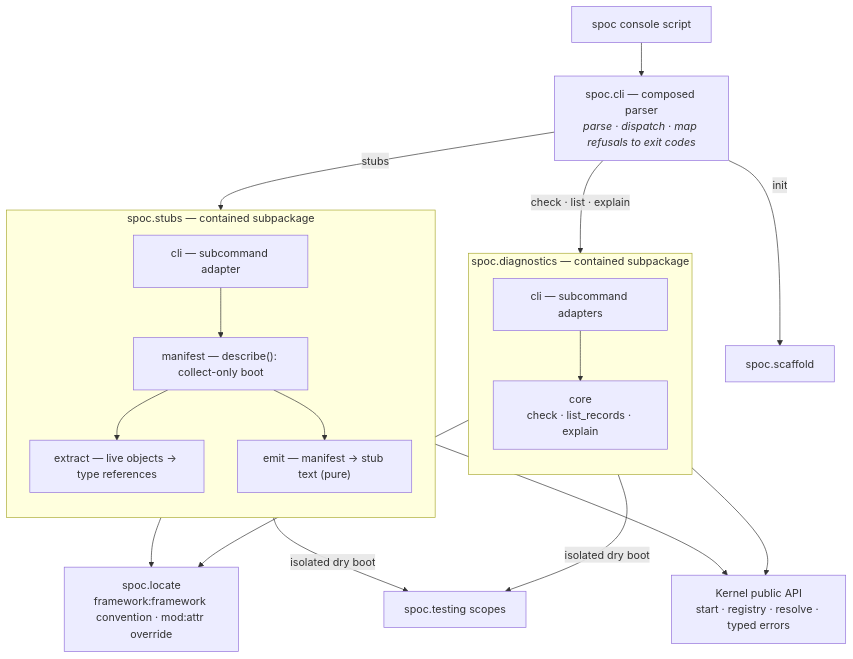
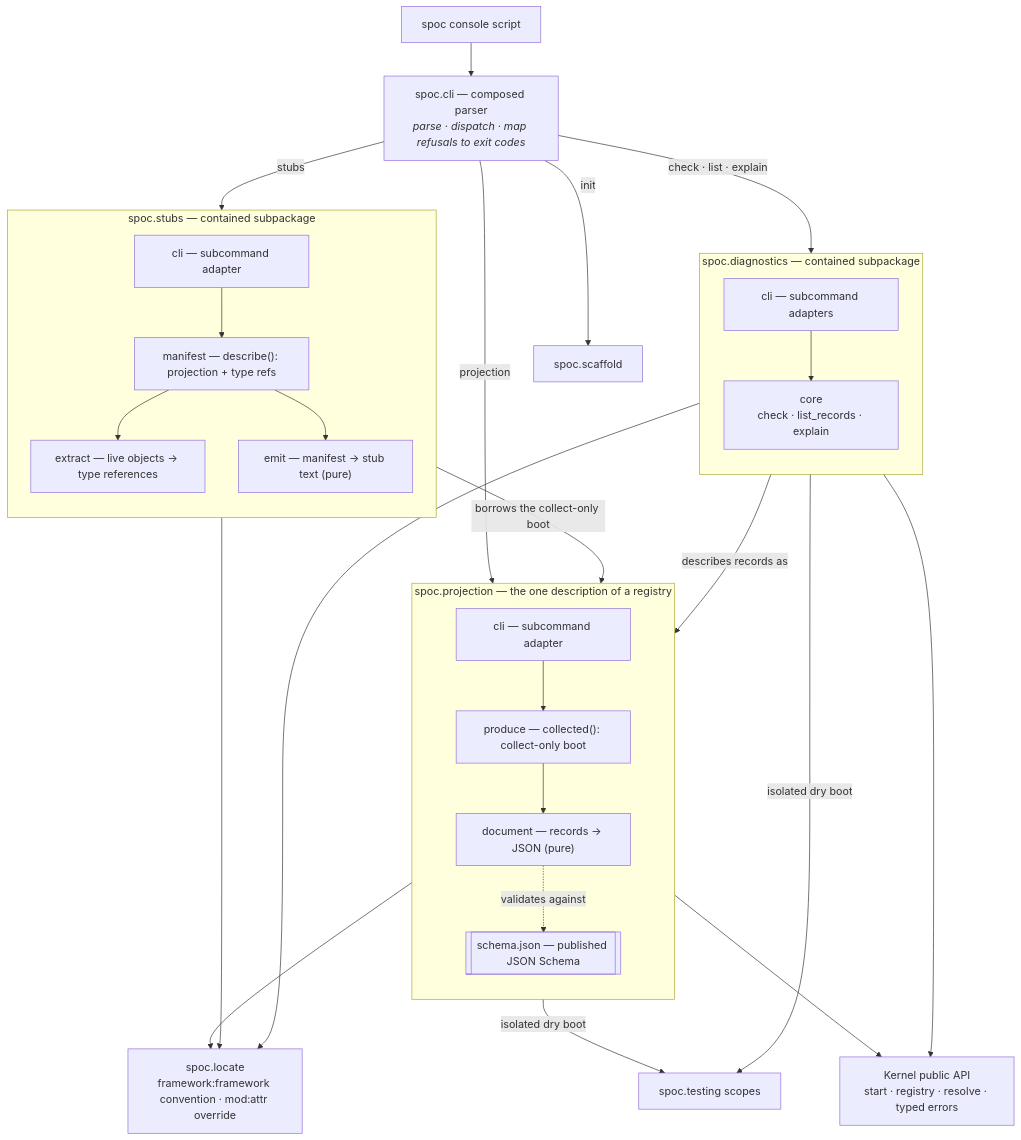
Before and after one commit to hlop3z/spoc: the ninth of 9 diagrams in docs/architecture/kernel.md, drawn with Mermaid. The commit also changed other lines of this file and 4 other files, not shown here.

First line of the commit message:
docs: describe the projection and record the decisions behind it

````diff
--- a/docs/architecture/kernel.md
+++ b/docs/architecture/kernel.md
@@ -278,33 +279,48 @@
 ```mermaid
 flowchart TB
     console["spoc console script"] --> cli["spoc.cli — composed parser<br/><i>parse · dispatch · map refusals to exit codes</i>"]
     cli -->|init| scaffold["spoc.scaffold"]
     cli -->|check · list · explain| diag
     cli -->|stubs| stubs
+    cli -->|projection| proj
 
     subgraph diag ["spoc.diagnostics — contained subpackage"]
         direction TB
         dcli["cli — subcommand adapters"]
         dcore["core<br/>check · list_records · explain"]
         dcli --> dcore
     end
 
     subgraph stubs ["spoc.stubs — contained subpackage"]
         direction TB
         scli["cli — subcommand adapter"]
-        sman["manifest — describe(): collect-only boot"]
+        sman["manifest — describe(): projection + type refs"]
         sext["extract — live objects → type references"]
         semit["emit — manifest → stub text (pure)"]
         scli --> sman --> sext
         sman --> semit
     end
 
+    subgraph proj ["spoc.projection — the one description of a registry"]
+        direction TB
+        pcli["cli — subcommand adapter"]
+        pprod["produce — collected(): collect-only boot"]
+        pdoc["document — records → JSON (pure)"]
+        pschema[["schema.json — published JSON Schema"]]
+        pcli --> pprod --> pdoc
+        pdoc -.validates against.-> pschema
+    end
+
     locate["spoc.locate<br/>framework:framework convention · mod:attr override"]
     dcore --> locate
     sman --> locate
+    pprod --> locate
+
+    sman -->|borrows the collect-only boot| pprod
+    dcore -->|describes records as| pdoc
 
     dcore -->|isolated dry boot| harness["spoc.testing scopes"]
-    sman -->|isolated dry boot| harness
+    pprod -->|isolated dry boot| harness
     dcore --> kernel["Kernel public API<br/>start · registry · resolve · typed errors"]
-    sman --> kernel
+    pprod --> kernel
 ```
````
